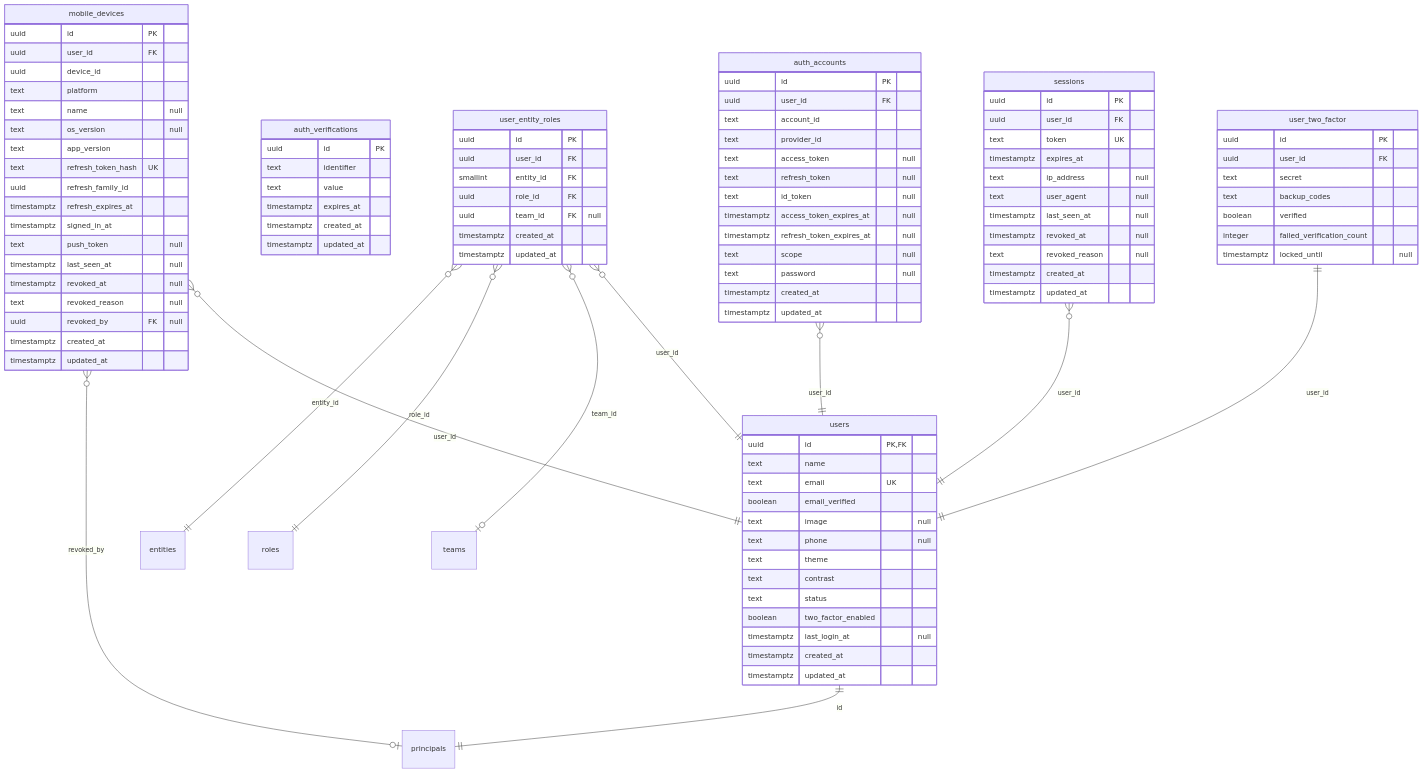
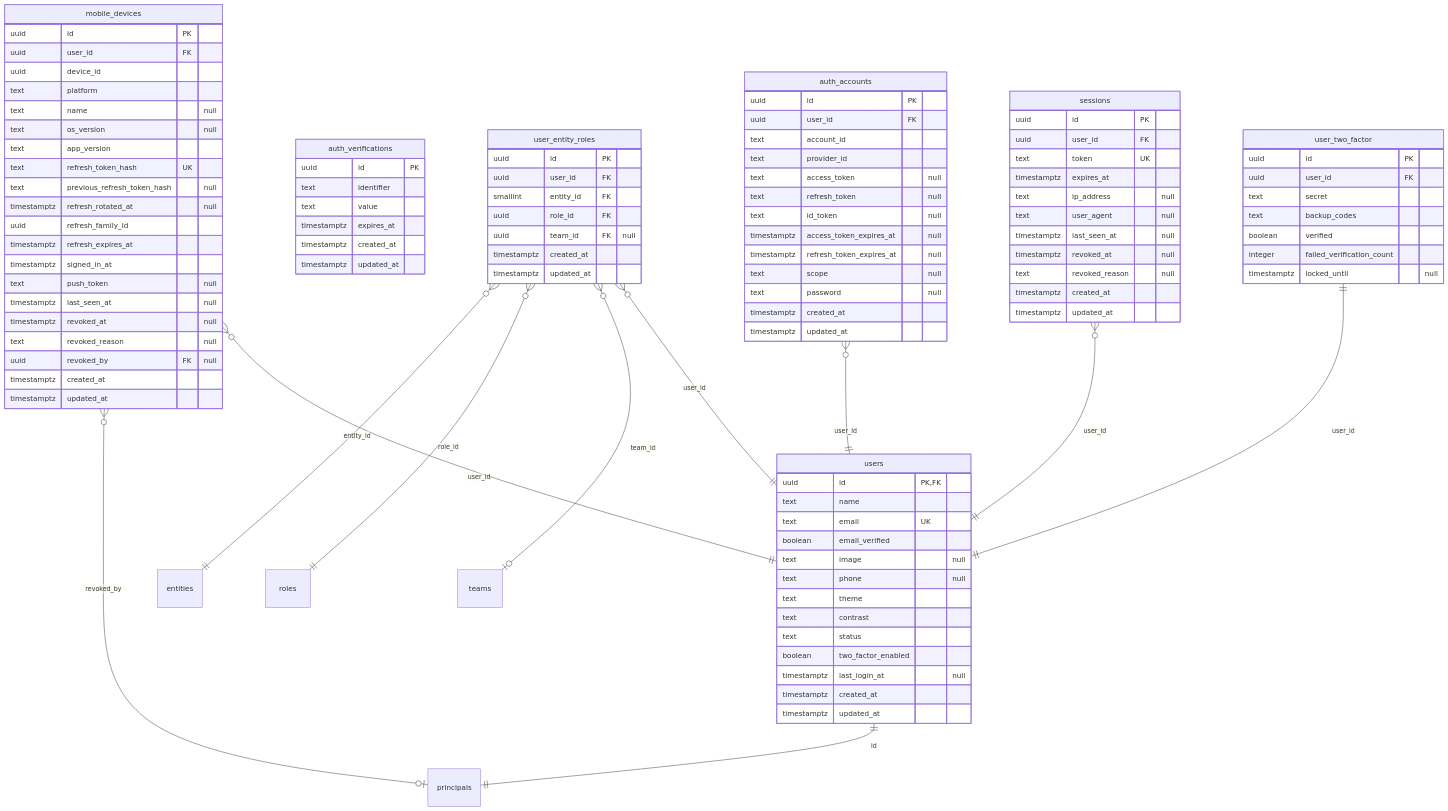
One commit to techaust/shakti_prime changed the second of 16 diagrams in docs/data/erd.md. Above: the diagram before and after it, drawn with Mermaid. The commit also changed other lines of this file and 14 other files, not shown here.

```diff
--- a/docs/data/erd.md
+++ b/docs/data/erd.md
@@ -135,6 +135,8 @@
     text os_version "null"
     text app_version
     text refresh_token_hash UK
+    text previous_refresh_token_hash "null"
+    timestamptz refresh_rotated_at "null"
     uuid refresh_family_id
     timestamptz refresh_expires_at
     timestamptz signed_in_at
```
